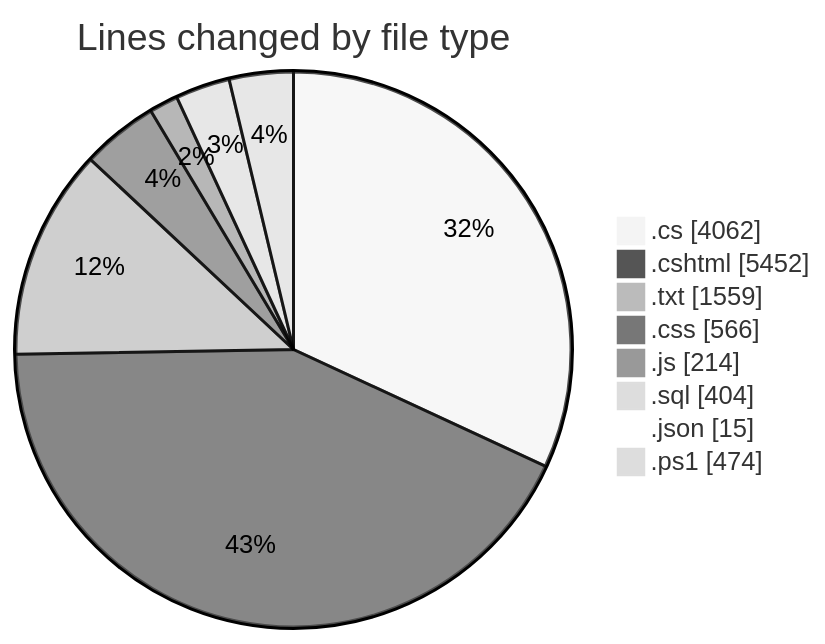
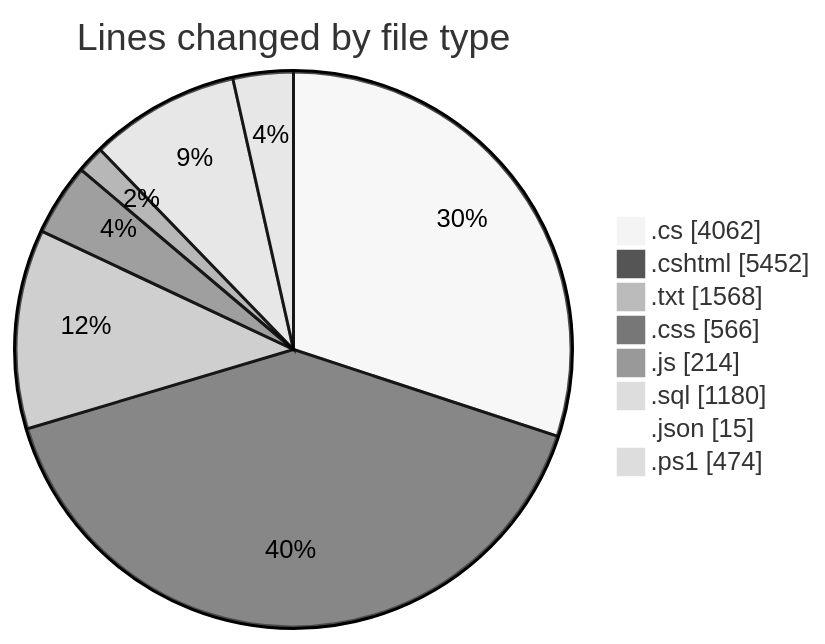
Before and after one commit to lephambinh05/code-tracking: the first of 2 diagrams in 2025-07-28/quanlyrapchieuphim-1/README.md, drawn with Mermaid (neutral theme). The commit also changed other lines of this file and 1 other file, not shown here.

````diff
--- a/2025-07-28/quanlyrapchieuphim-1/README.md
+++ b/2025-07-28/quanlyrapchieuphim-1/README.md
@@ -59,12 +60,12 @@
 ```mermaid
 pie showData
 title Lines changed by file type
 ".cs" : 4062
 ".cshtml" : 5452
-".txt" : 1559
+".txt" : 1568
 ".css" : 566
 ".js" : 214
-".sql" : 404
+".sql" : 1180
 ".json" : 15
 ".ps1" : 474
 ```
````
